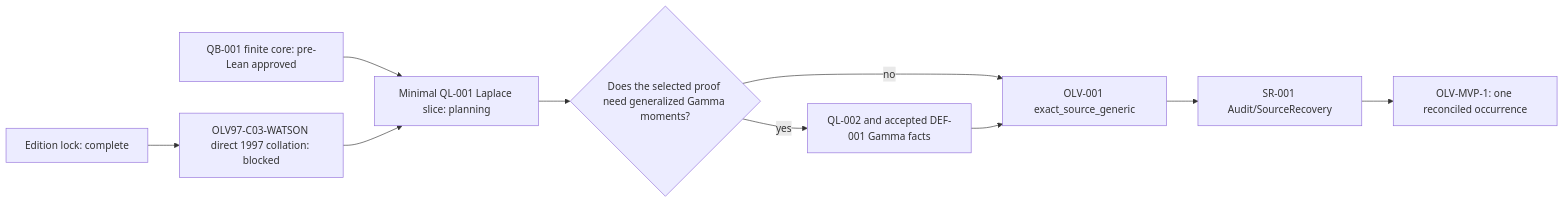
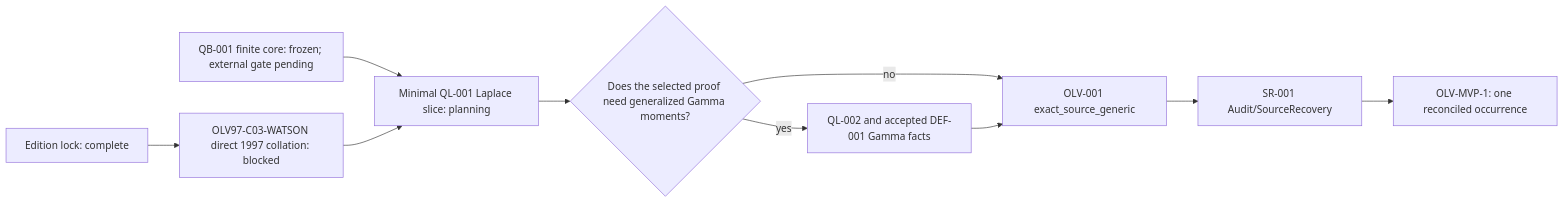
The third of 3 diagrams in blueprint/dependency_graph.md (jaumededios/LMLF), drawn with Mermaid before and after one commit. The commit also changed other lines of this file and 52 other files, not shown here.

````diff
--- a/blueprint/dependency_graph.md
+++ b/blueprint/dependency_graph.md
@@ -105,12 +105,12 @@
 ```mermaid
 flowchart LR
   LOCK["Edition lock: complete"] --> COL["OLV97-C03-WATSON direct 1997 collation: blocked"]
-  QB["QB-001 finite core: pre-Lean approved"] --> QL["Minimal QL-001 Laplace slice: planning"]
+  QB["QB-001 finite core: frozen; external gate pending"] --> QL["Minimal QL-001 Laplace slice: planning"]
   COL --> QL
   QL --> NEED{"Does the selected proof need generalized Gamma moments?"}
   NEED -- "no" --> OLV["OLV-001 exact_source_generic"]
   NEED -- "yes" --> GAM["QL-002 and accepted DEF-001 Gamma facts"]
   GAM --> OLV
   OLV --> SR["SR-001 Audit/SourceRecovery"]
   SR --> MVP["OLV-MVP-1: one reconciled occurrence"]
 ```
````
